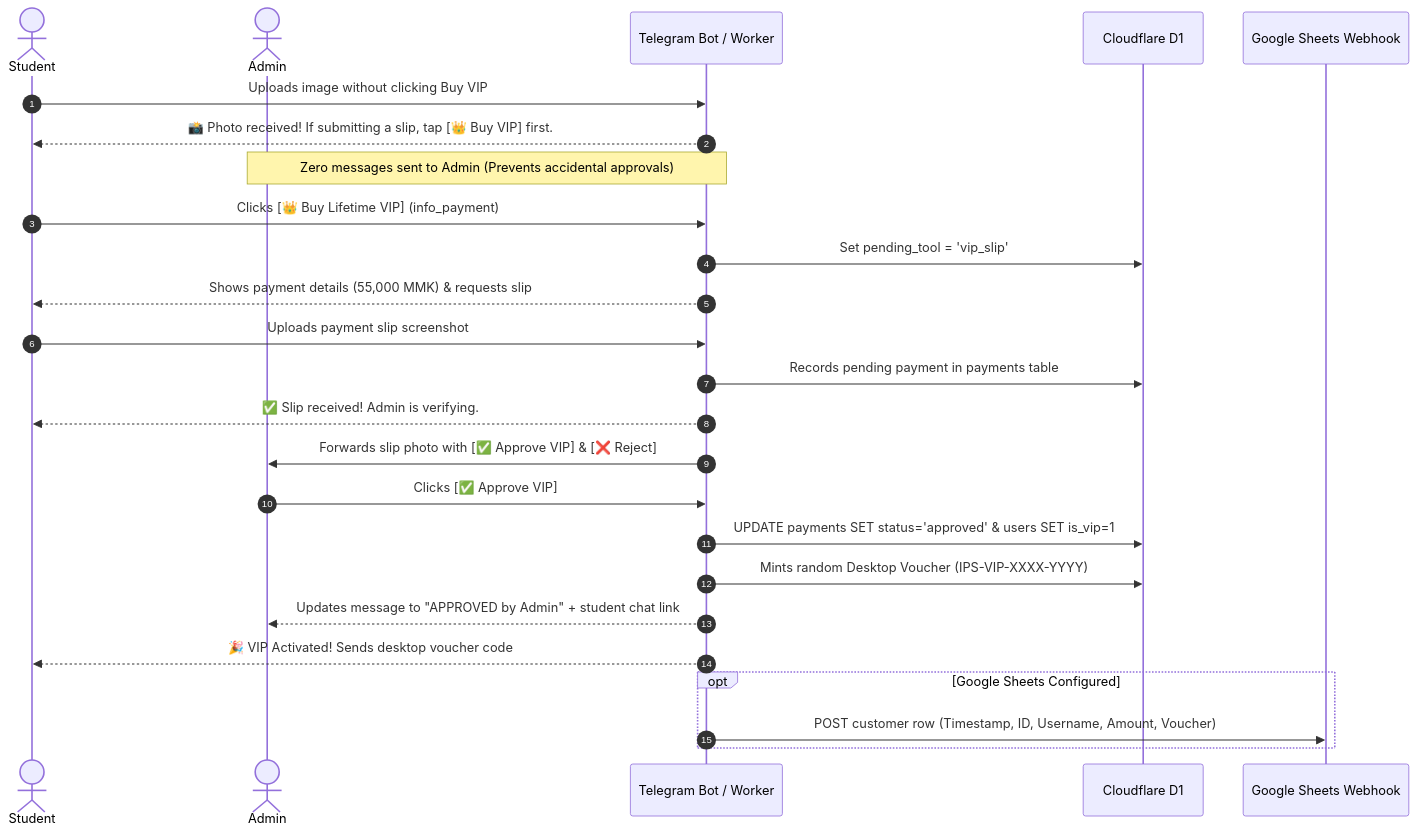
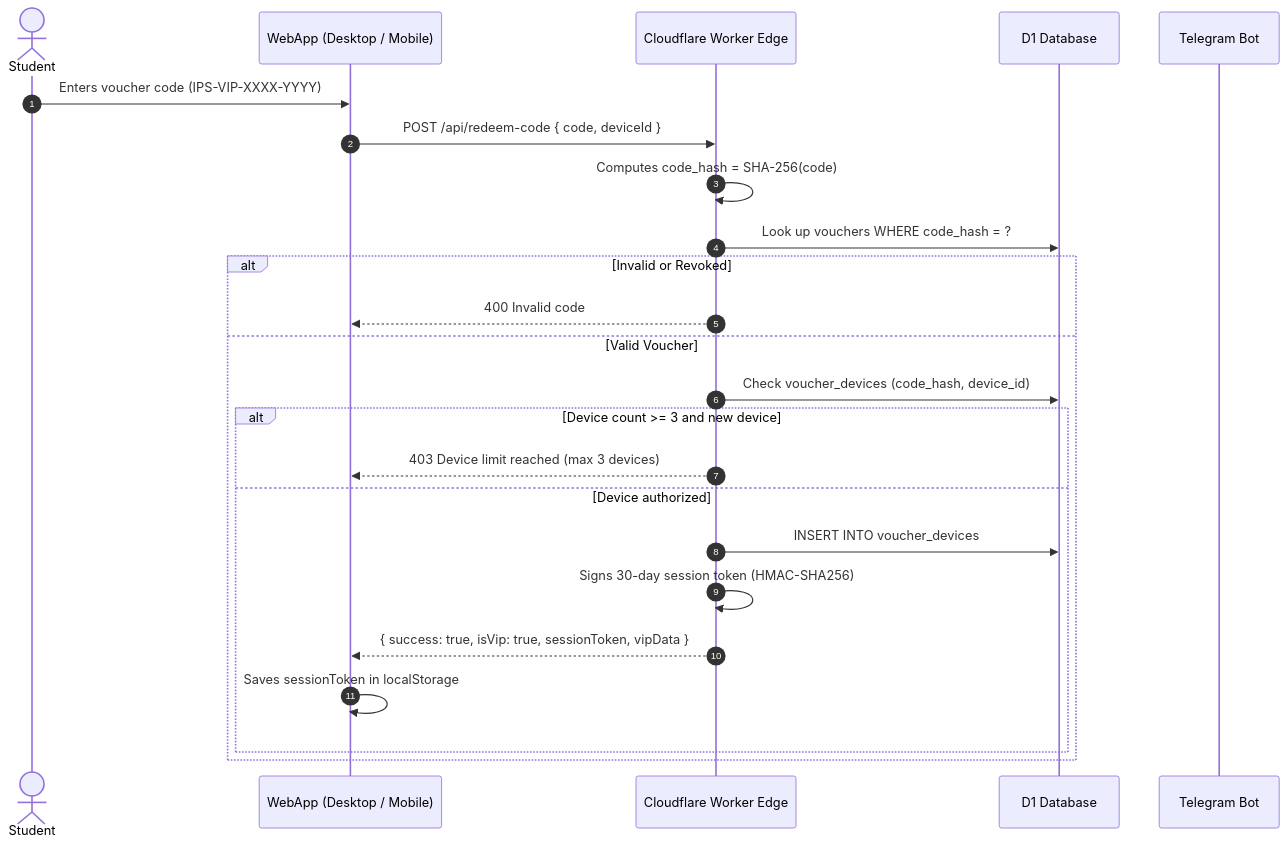
One commit to Hugokami/ielts-prep-studio changed the second of 2 diagrams in APP_BREAKDOWN.md. Above: the diagram before and after it, drawn with Mermaid. The commit also changed other lines of this file and 16 other files, not shown here.

Commit message:
feat: unlock all 23 CBT reading passages for free, harden server-side VIP entitlement & quotas, purge admin ID/CSV routes, and complete content audit

````diff
--- a/APP_BREAKDOWN.md
+++ b/APP_BREAKDOWN.md
@@ -309,31 +131,27 @@
 ```mermaid
 sequenceDiagram
     autonumber
     actor Student
-    actor Admin
-    participant Bot as Telegram Bot / Worker
-    participant DB as Cloudflare D1
-    participant Sheet as Google Sheets Webhook
+    participant WebApp as WebApp (Desktop / Mobile)
+    participant Worker as Cloudflare Worker Edge
+    participant D1 as D1 Database
+    participant TG as Telegram Bot
 
-    Student->>Bot: Uploads image without clicking Buy VIP
-    Bot-->>Student: 📸 Photo received! If submitting a slip, tap [👑 Buy VIP] first.
-    Note over Bot,Admin: Zero messages sent to Admin (Prevents accidental approvals)
-
-    Student->>Bot: Clicks [👑 Buy Lifetime VIP] (info_payment)
-    Bot->>DB: Set pending_tool = 'vip_slip'
-    Bot-->>Student: Shows payment details (55,000 MMK) & requests slip
-
-    Student->>Bot: Uploads payment slip screenshot
-    Bot->>DB: Records pending payment in payments table
-    Bot-->>Student: ✅ Slip received! Admin is verifying.
-    Bot->>Admin: Forwards slip photo with [✅ Approve VIP] & [❌ Reject]
-
-    Admin->>Bot: Clicks [✅ Approve VIP]
-    Bot->>DB: UPDATE payments SET status='approved' & users SET is_vip=1
-    Bot->>DB: Mints random Desktop Voucher (IPS-VIP-XXXX-YYYY)
-    Bot-->>Admin: Updates message to "APPROVED by Admin" + student chat link
-    Bot-->>Student: 🎉 VIP Activated! Sends desktop voucher code
-    opt Google Sheets Configured
-        Bot->>Sheet: POST customer row (Timestamp, ID, Username, Amount, Voucher)
+    Student->>WebApp: Enters voucher code (IPS-VIP-XXXX-YYYY)
+    WebApp->>Worker: POST /api/redeem-code { code, deviceId }
+    Worker->>Worker: Computes code_hash = SHA-256(code)
+    Worker->>D1: Look up vouchers WHERE code_hash = ?
+    alt Invalid or Revoked
+        Worker-->>WebApp: 400 Invalid code
+    else Valid Voucher
+        Worker->>D1: Check voucher_devices (code_hash, device_id)
+        alt Device count >= 3 and new device
+            Worker-->>WebApp: 403 Device limit reached (max 3 devices)
+        else Device authorized
+            Worker->>D1: INSERT INTO voucher_devices
+            Worker->>Worker: Signs 30-day session token (HMAC-SHA256)
+            Worker-->>WebApp: { success: true, isVip: true, sessionToken, vipData }
+            WebApp->>WebApp: Saves sessionToken in localStorage
+        end
     end
 ```
````
